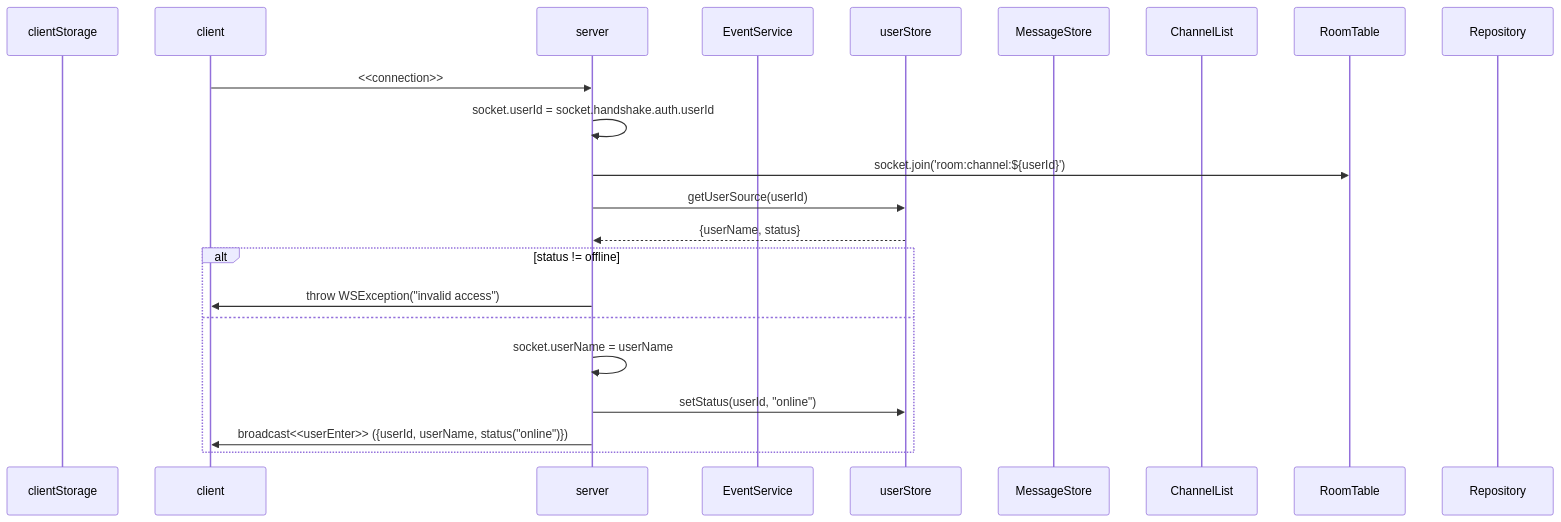
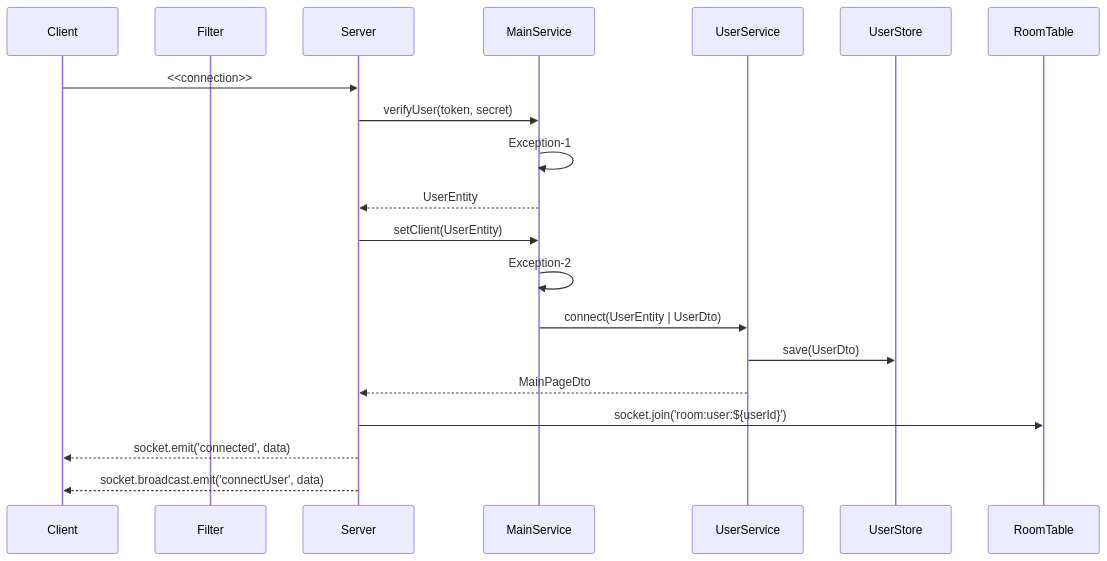
The first of 20 diagrams in backend/node/app/event.md (mtak0235/simmons_transcendence), drawn with Mermaid before and after one commit. The commit also changed other lines of this file, not shown here.

Commit message:
refactor: 백엔드 소켓 시퀀스 다이어그램 순서 정리 & 요청 응답 값 구체화

````diff
--- a/backend/node/app/event.md
+++ b/backend/node/app/event.md
@@ -26,25 +100,23 @@
 ```mermaid
 sequenceDiagram
-participant cls as clientStorage
-participant c as client
-participant ga as server
-participant cs as EventService
-participant ss as userStore
-participant ms as MessageStore
-participant cns as ChannelList
+participant c as Client
+participant f as Filter
+participant ga as Server
+participant ms as MainService
+participant us as UserService
+participant ss as UserStore
 participant rt as RoomTable
-participant rep as Repository
 
 c->>ga: <<connection>>
-ga->>ga: socket.userId = socket.handshake.auth.userId
-ga->>rt: socket.join('room:channel:${userId}')
-ga->>ss: getUserSource(userId)
-ss-->>ga: {userName, status}
-alt status != offline
-ga->>c: throw WSException("invalid access")
-else
-ga->>ga: socket.userName = userName
-ga->>ss:setStatus(userId, "online")
-ga->>c: broadcast<<userEnter>> ({userId, userName, status("online")})
-end
+ga->>ms: verifyUser(token, secret);
+ms->>ms: Exception-1
+ms-->>ga: UserEntity
+ga->>ms: setClient(UserEntity);
+ms->>ms: Exception-2
+ms->>us: connect(UserEntity | UserDto);
+us->>ss: save(UserDto);
+us-->>ga: MainPageDto
+ga->>rt: socket.join('room:user:${userId}')
+ga-->>c: socket.emit('connected', data);
+ga-->>c: socket.broadcast.emit('connectUser', data);
 ```
````
